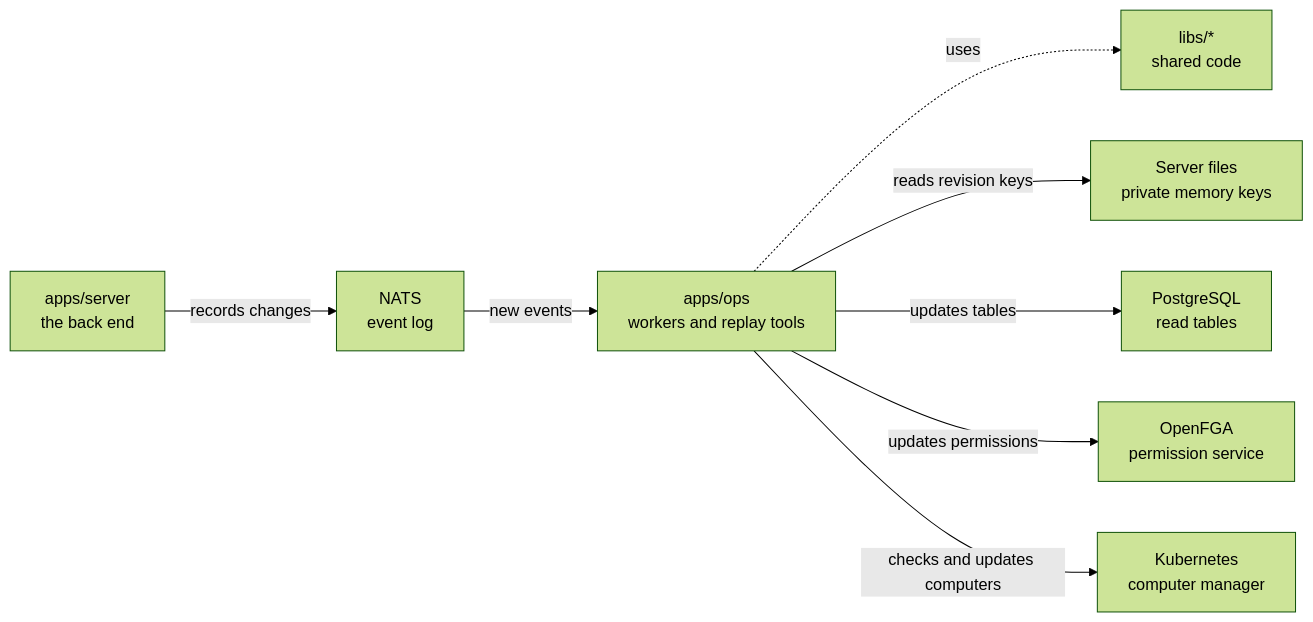
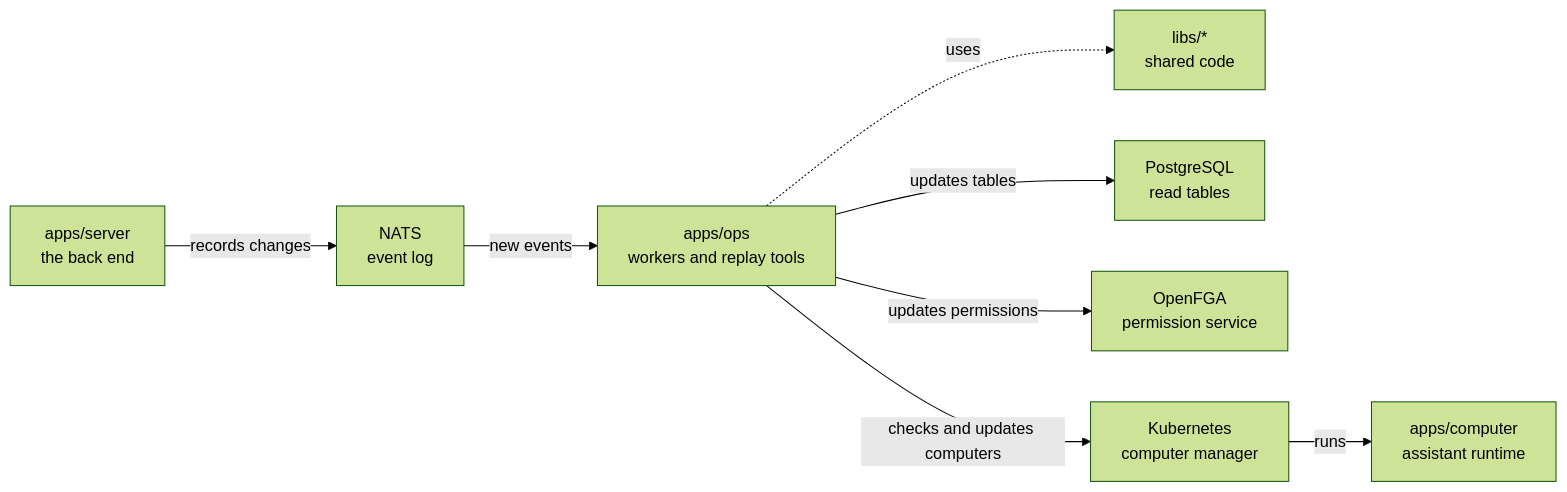
One commit to elewa-git/opencrane-new changed the diagram in apps/ops/README.md. Above: the diagram before and after it, drawn with Mermaid (forest theme). The commit also changed other lines of this file and 10 other files, not shown here.

Commit message:
🔧 Preserve memory revisions and check all keys before rebuilding

````diff
--- a/apps/ops/README.md
+++ b/apps/ops/README.md
@@ -11,10 +11,10 @@
 ```mermaid
 flowchart LR
   server["apps/server<br/>the back end"] -->|records changes| nats["NATS<br/>event log"]
   nats -->|new events| ops["apps/ops<br/>workers and replay tools"]
   ops -.->|uses| libs["libs/*<br/>shared code"]
-  ops -->|reads revision keys| keys["Server files<br/>private memory keys"]
   ops -->|updates tables| postgres["PostgreSQL<br/>read tables"]
   ops -->|updates permissions| fga["OpenFGA<br/>permission service"]
   ops -->|checks and updates computers| kube["Kubernetes<br/>computer manager"]
+  kube -->|runs| computer["apps/computer<br/>assistant runtime"]
 ```
````
